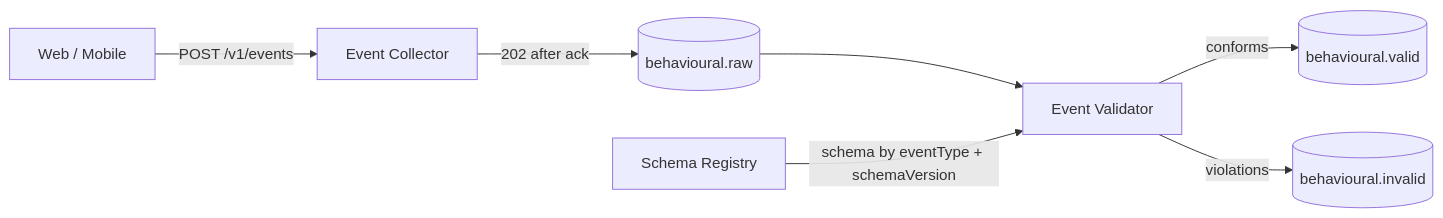
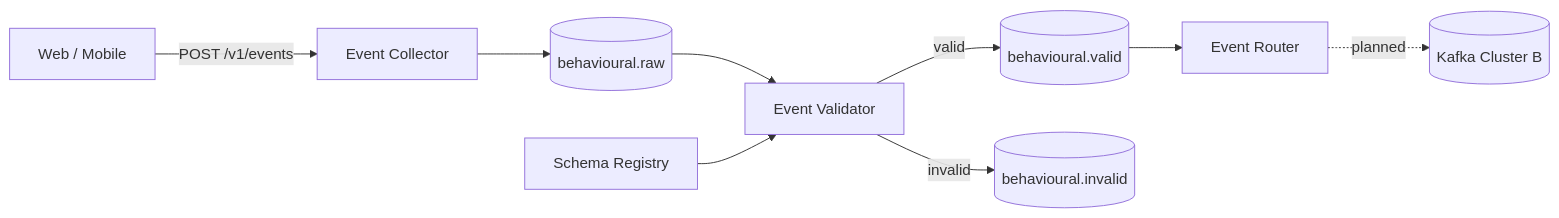
One commit to mbelekar/behavioural-event-platform changed the diagram in README.md. Above: the diagram before and after it, drawn with Mermaid. The commit also changed other lines of this file and 10 other files, not shown here.

````diff
--- a/README.md
+++ b/README.md
@@ -54,17 +45,14 @@
 ```mermaid
 flowchart LR
-    CLIENT[Web / Mobile]
-    COLLECTOR[Event Collector]
-    VALIDATOR[Event Validator]
-    REGISTRY[Schema Registry]
-    RAW[(behavioural.raw)]
-    VALID[(behavioural.valid)]
-    INVALID[(behavioural.invalid)]
+    CLIENT[Web / Mobile] -->|POST /v1/events| COLLECTOR[Event Collector]
+    COLLECTOR --> RAW[(behavioural.raw)]
 
-    CLIENT -->|POST /v1/events| COLLECTOR
-    COLLECTOR -->|202 after ack| RAW
-    RAW --> VALIDATOR
-    REGISTRY -->|schema by eventType + schemaVersion| VALIDATOR
-    VALIDATOR -->|conforms| VALID
-    VALIDATOR -->|violations| INVALID
+    RAW --> VALIDATOR[Event Validator]
+    REGISTRY[Schema Registry] --> VALIDATOR
+
+    VALIDATOR -->|valid| VALID[(behavioural.valid)]
+    VALIDATOR -->|invalid| INVALID[(behavioural.invalid)]
+
+    VALID --> ROUTER[Event Router]
+    ROUTER -. planned .-> TARGET[(Kafka Cluster B)]
 ```
````
